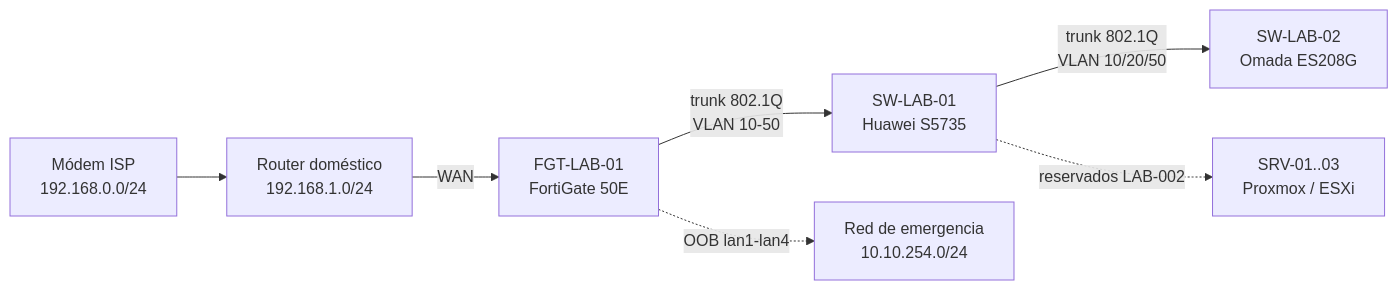
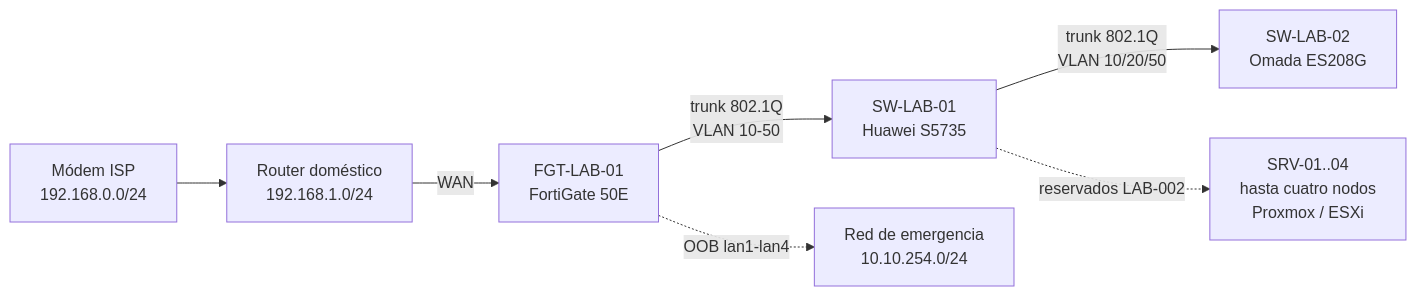
The diagram in README.md (Alce1551/EICL-HOMELAB), drawn with Mermaid before and after one commit. The commit also changed other lines of this file and 2 other files, not shown here.

Commit message:
LAB-001: marca el laboratorio como completo

````diff
--- a/README.md
+++ b/README.md
@@ -27,9 +27,9 @@
 ```mermaid
 flowchart LR
     ISP[Módem ISP<br/>192.168.0.0/24] --> ARC[Router doméstico<br/>192.168.1.0/24]
     ARC -->|WAN| FGT[FGT-LAB-01<br/>FortiGate 50E]
     FGT -->|trunk 802.1Q<br/>VLAN 10-50| SW1[SW-LAB-01<br/>Huawei S5735]
     SW1 -->|trunk 802.1Q<br/>VLAN 10/20/50| SW2[SW-LAB-02<br/>Omada ES208G]
-    SW1 -.->|reservados LAB-002| SRV[SRV-01..03<br/>Proxmox / ESXi]
+    SW1 -.->|reservados LAB-002| SRV[SRV-01..04<br/>hasta cuatro nodos<br/>Proxmox / ESXi]
     FGT -.->|OOB lan1-lan4| OOB[Red de emergencia<br/>10.10.254.0/24]
 ```
````
